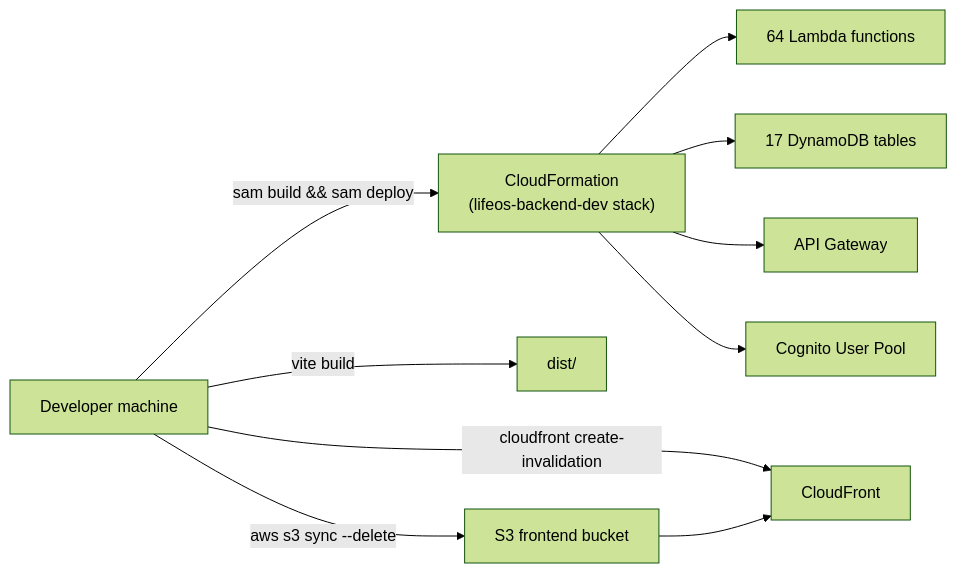
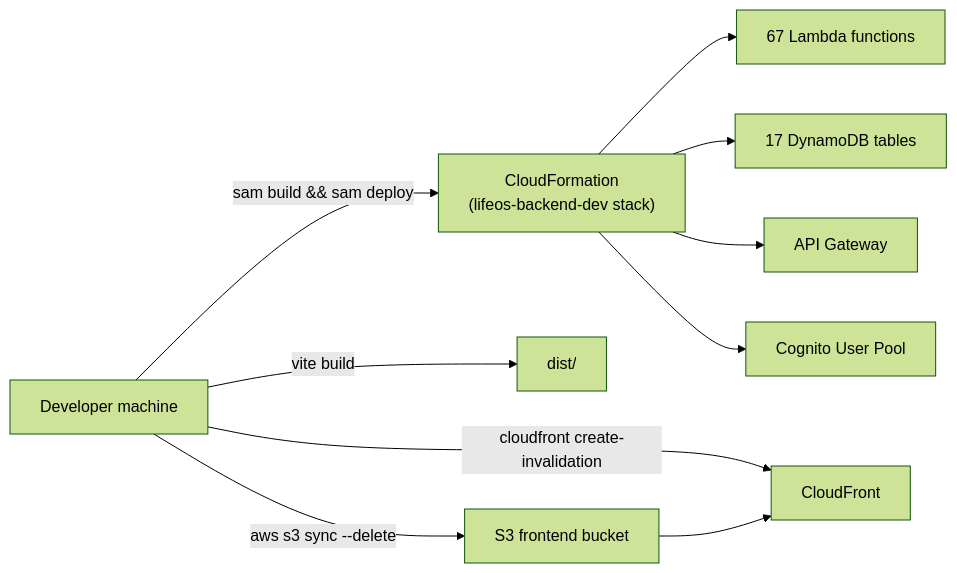
One commit to pragya0905/LifeOS changed the third of 8 diagrams in docs/HLD_LLD.md. Above: the diagram before and after it, drawn with Mermaid (forest theme). The commit also changed other lines of this file and 3 other files, not shown here.

````diff
--- a/docs/HLD_LLD.md
+++ b/docs/HLD_LLD.md
@@ -223,12 +223,12 @@
 ```mermaid
 flowchart LR
     DEV["Developer machine"] -- "sam build && sam deploy" --> CFN["CloudFormation<br/>(lifeos-backend-dev stack)"]
-    CFN --> LAMBDAS["64 Lambda functions"]
+    CFN --> LAMBDAS["67 Lambda functions"]
     CFN --> TABLES["17 DynamoDB tables"]
     CFN --> APIGW["API Gateway"]
     CFN --> POOL["Cognito User Pool"]
     DEV -- "vite build" --> DIST["dist/"]
     DEV -- "aws s3 sync --delete" --> BUCKET["S3 frontend bucket"]
     DEV -- "cloudfront create-invalidation" --> CDN["CloudFront"]
     BUCKET --> CDN
 ```
````
